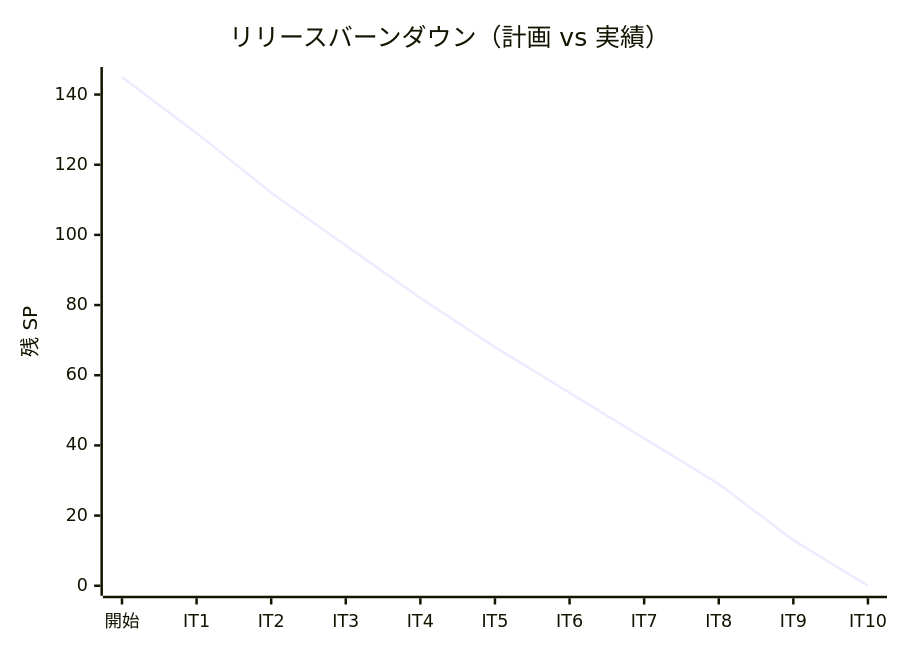
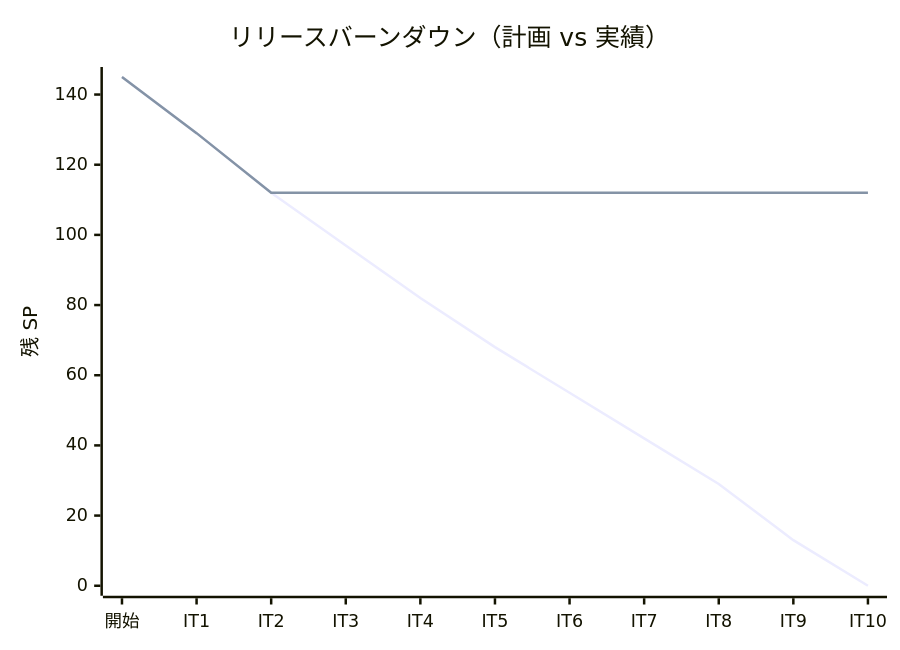
Before and after one commit to k2works/case-study-cargo-tracker: the third of 3 diagrams in docs/development/release_plan.md, drawn with Mermaid. The commit also changed other lines of this file, not shown here.

````diff
--- a/docs/development/release_plan.md
+++ b/docs/development/release_plan.md
@@ -463,7 +467,8 @@
 ```mermaid
 xychart-beta
     title "リリースバーンダウン（計画 vs 実績）"
     x-axis ["開始", "IT1", "IT2", "IT3", "IT4", "IT5", "IT6", "IT7", "IT8", "IT9", "IT10"]
     y-axis "残 SP" 0 --> 145
     line "計画" [145, 129, 112, 97, 82, 68, 55, 42, 29, 13, 0]
+    line "実績" [145, 129, 112, 112, 112, 112, 112, 112, 112, 112, 112]
 ```
````
